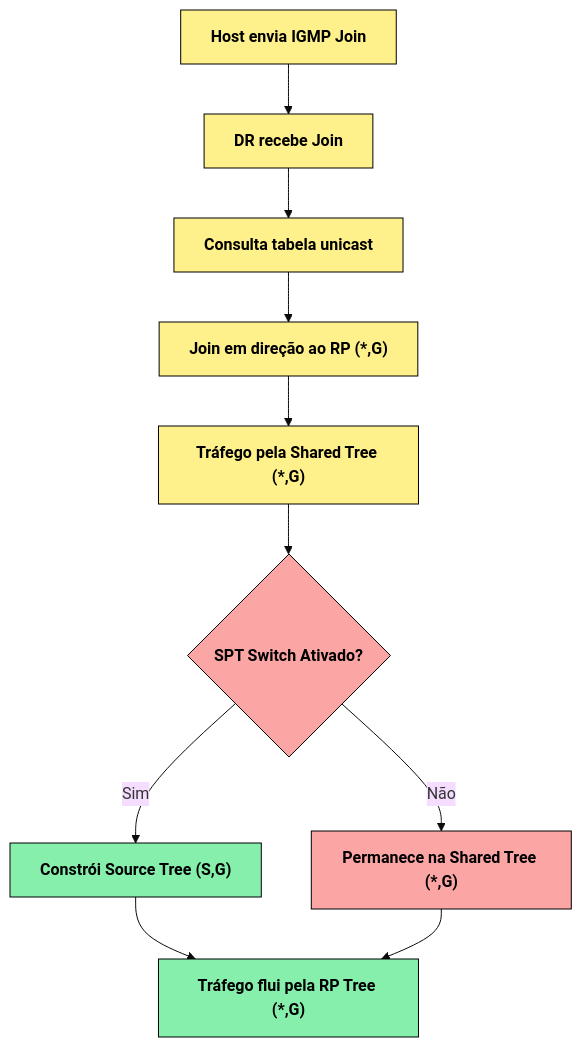
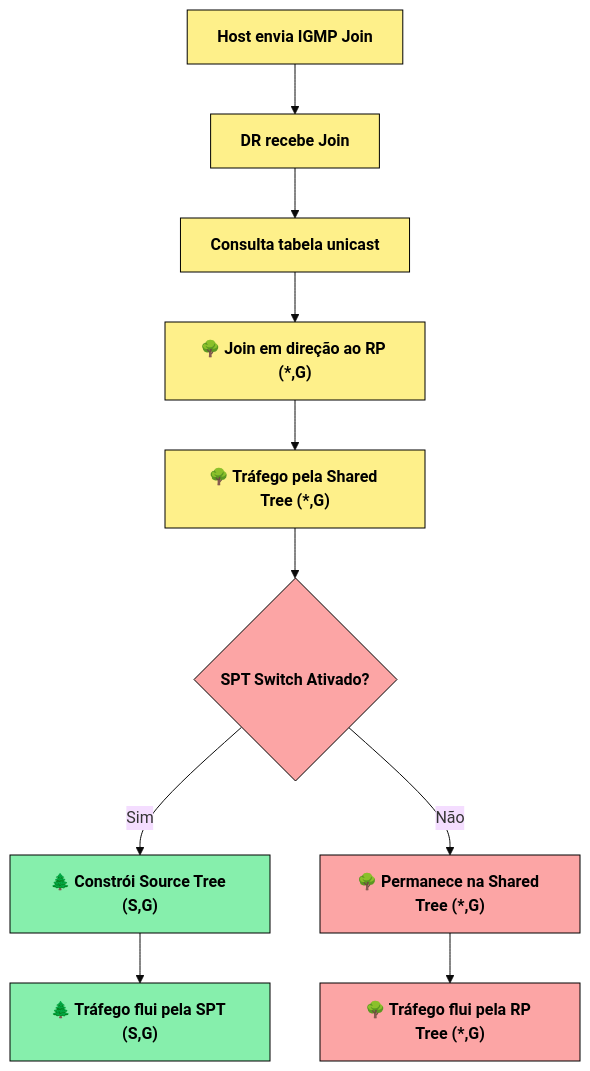
Before and after one commit to alcancil/Cisco: the second of 5 diagrams in CCNP 350-401 ENCOR/03 - Infrastructure/01 - Multicast/03 - PIM/REAME.md, drawn with Mermaid (base theme). The commit also changed other lines of this file, not shown here.

````diff
--- a/CCNP 350-401 ENCOR/03 - Infrastructure/01 - Multicast/03 - PIM/REAME.md
+++ b/CCNP 350-401 ENCOR/03 - Infrastructure/01 - Multicast/03 - PIM/REAME.md
@@ -192,28 +207,26 @@
 ```mermaid
 flowchart TD
     A["Host envia IGMP Join"] --> B["DR recebe Join"]
     B --> C["Consulta tabela unicast"]
-    C --> D["Join em direção ao RP (*,G)"]
-    D --> E["Tráfego pela Shared Tree (*,G)"]
+    C --> D["🌳 Join em direção ao RP (*,G)"]
+    D --> E["🌳 Tráfego pela Shared Tree (*,G)"]
     E --> F{"SPT Switch Ativado?"}
-    F -- Sim --> G["Constrói Source Tree (S,G)"]
-    F -- Não --> H["Permanece na Shared Tree (*,G)"]
-    G --> I["Tráfego flui pela SPT (S,G)"]
-    H --> I["Tráfego flui pela RP Tree (*,G)"]
-
+    F -- Sim --> G["🌲 Constrói Source Tree (S,G)"]
+    F -- Não --> H["🌳 Permanece na Shared Tree (*,G)"]
+    G --> I["🌲 Tráfego flui pela SPT (S,G)"]
+    H --> J["🌳 Tráfego flui pela RP Tree (*,G)"]
     %% Estilos (esquema de farol)
     %% Amarelo (início / intermediário)
     style A fill:#fef08a,stroke:#000,stroke-width:1px,color:#000,font-weight:bold
     style B fill:#fef08a,stroke:#000,stroke-width:1px,color:#000,font-weight:bold
     style C fill:#fef08a,stroke:#000,stroke-width:1px,color:#000,font-weight:bold
     style D fill:#fef08a,stroke:#000,stroke-width:1px,color:#000,font-weight:bold
     style E fill:#fef08a,stroke:#000,stroke-width:1px,color:#000,font-weight:bold
-
     %% Vermelho (decisão / permanência RP)
     style F fill:#fca5a5,stroke:#000,stroke-width:1px,color:#000,font-weight:bold
     style H fill:#fca5a5,stroke:#000,stroke-width:1px,color:#000,font-weight:bold
-
     %% Verde (SPT ativo / fluxo final)
     style G fill:#86efac,stroke:#000,stroke-width:1px,color:#000,font-weight:bold
     style I fill:#86efac,stroke:#000,stroke-width:1px,color:#000,font-weight:bold
+    style J fill:#fca5a5,stroke:#000,stroke-width:1px,color:#000,font-weight:bold
 ```
````
